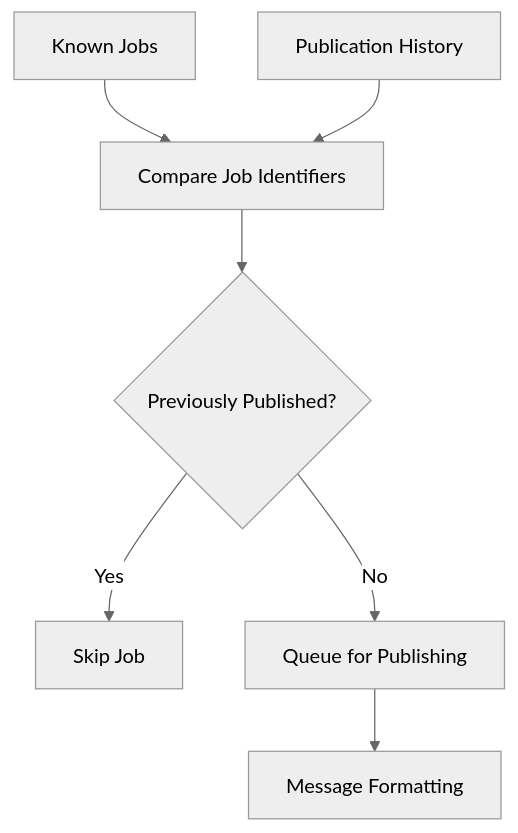
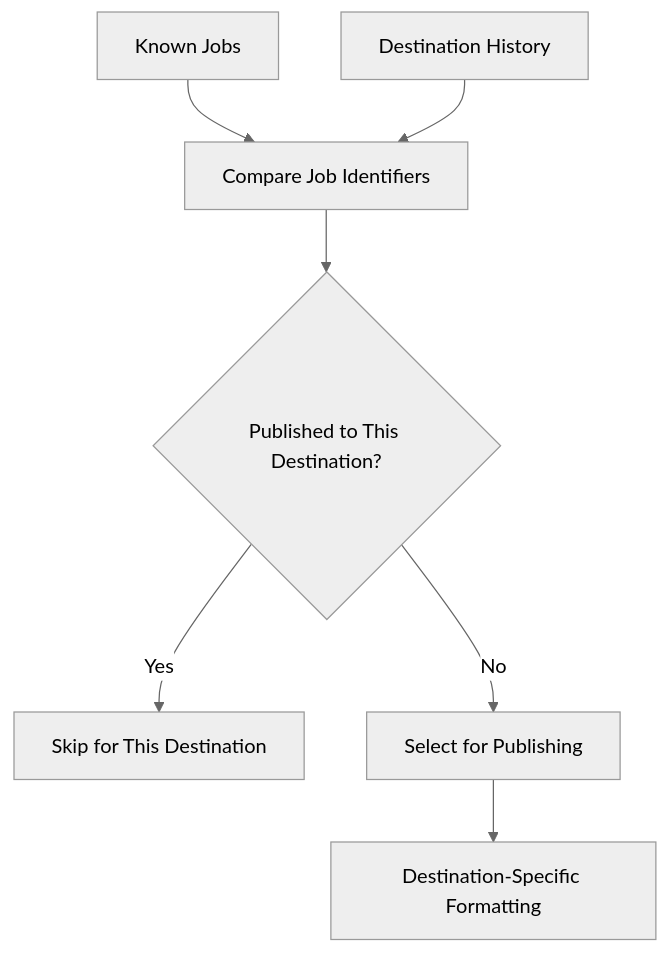
Before and after one commit to ZenYukti/careers-engine: the second of 4 diagrams in docs/architecture/publishing-pipeline.mdx, drawn with Mermaid (neutral theme). The commit also changed other lines of this file and 7 other files, not shown here.

Commit message:
docs: add telegram publishing channel docs & fix outdated references to history.json and discord-only publishing. (#24)

````diff
--- a/docs/architecture/publishing-pipeline.mdx
+++ b/docs/architecture/publishing-pipeline.mdx
@@ -59,9 +71,9 @@
 ```mermaid
 flowchart TD
     A["Known Jobs"] --> C["Compare Job Identifiers"]
-    B["Publication History"] --> C
-    C --> D{"Previously Published?"}
-    D -->|Yes| E["Skip Job"]
-    D -->|No| F["Queue for Publishing"]
-    F --> G["Message Formatting"]
+    B["Destination History"] --> C
+    C --> D{"Published to This Destination?"}
+    D -->|Yes| E["Skip for This Destination"]
+    D -->|No| F["Select for Publishing"]
+    F --> G["Destination-Specific Formatting"]
 ```
````
